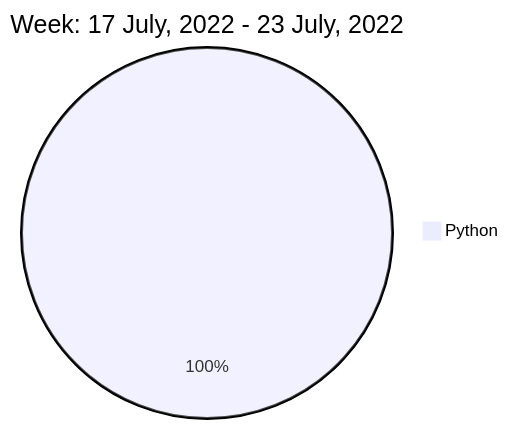
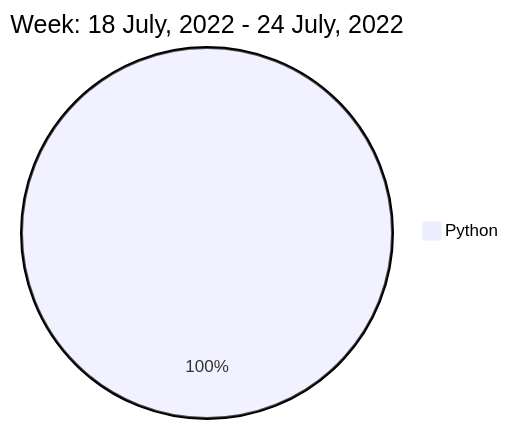
The diagram in README.md (liubin95/liubin95), drawn with Mermaid before and after one commit.

Commit message:
Updated the Graph with new Metrics

````diff
--- a/README.md
+++ b/README.md
@@ -40,5 +40,5 @@
 ```mermaid
  pie
-title Week: 17 July, 2022 - 23 July, 2022
+title Week: 18 July, 2022 - 24 July, 2022
  "Python" : 2.57
 ```
````
